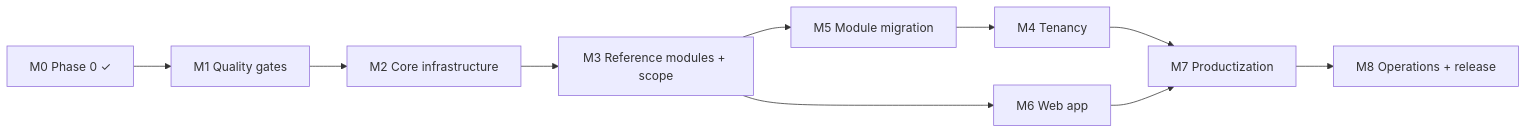
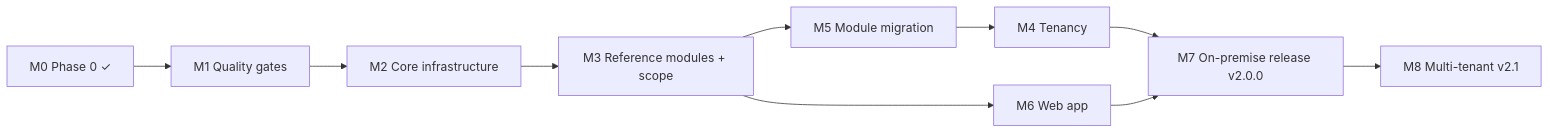
The diagram in docs/v2/roadmap.md (King2H/Standard-Bookstore-ERP), drawn with Mermaid before and after one commit. The commit also changed other lines of this file and 34 other files, not shown here.

````diff
--- a/docs/v2/roadmap.md
+++ b/docs/v2/roadmap.md
@@ -37,5 +37,5 @@
 ```mermaid
 flowchart LR
-  M0[M0 Phase 0 ✓] --> M1[M1 Quality gates] --> M2[M2 Core infrastructure] --> M3[M3 Reference modules + scope] --> M5[M5 Module migration] --> M4[M4 Tenancy] --> M7[M7 Productization] --> M8[M8 Operations + release]
+  M0[M0 Phase 0 ✓] --> M1[M1 Quality gates] --> M2[M2 Core infrastructure] --> M3[M3 Reference modules + scope] --> M5[M5 Module migration] --> M4[M4 Tenancy] --> M7[M7 On-premise release v2.0.0] --> M8[M8 Multi-tenant v2.1]
   M3 --> M6[M6 Web app] --> M7
 ```
````
